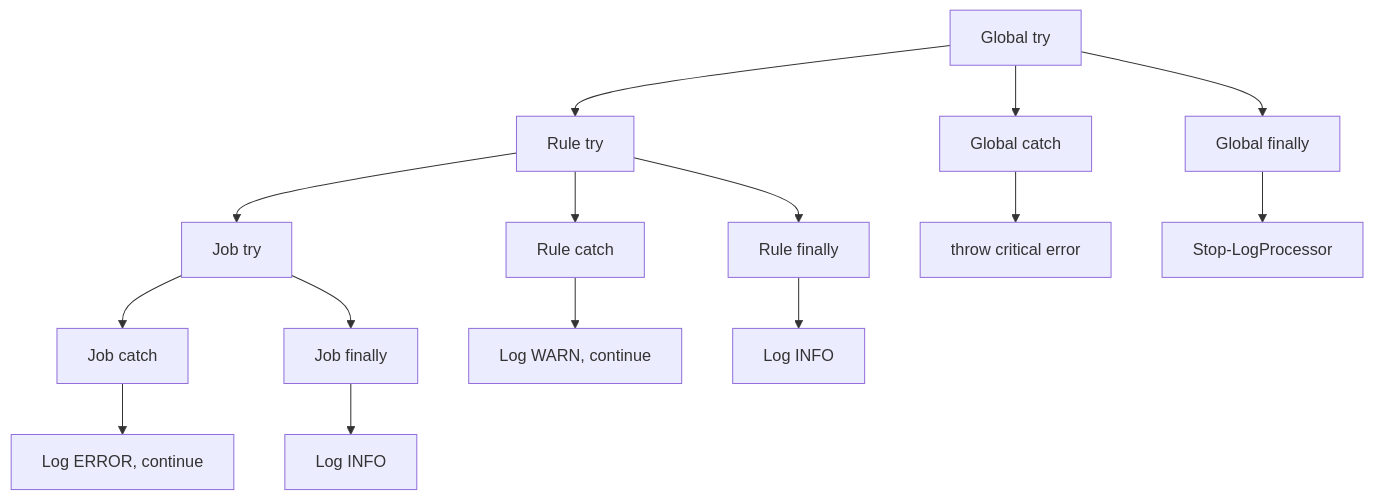
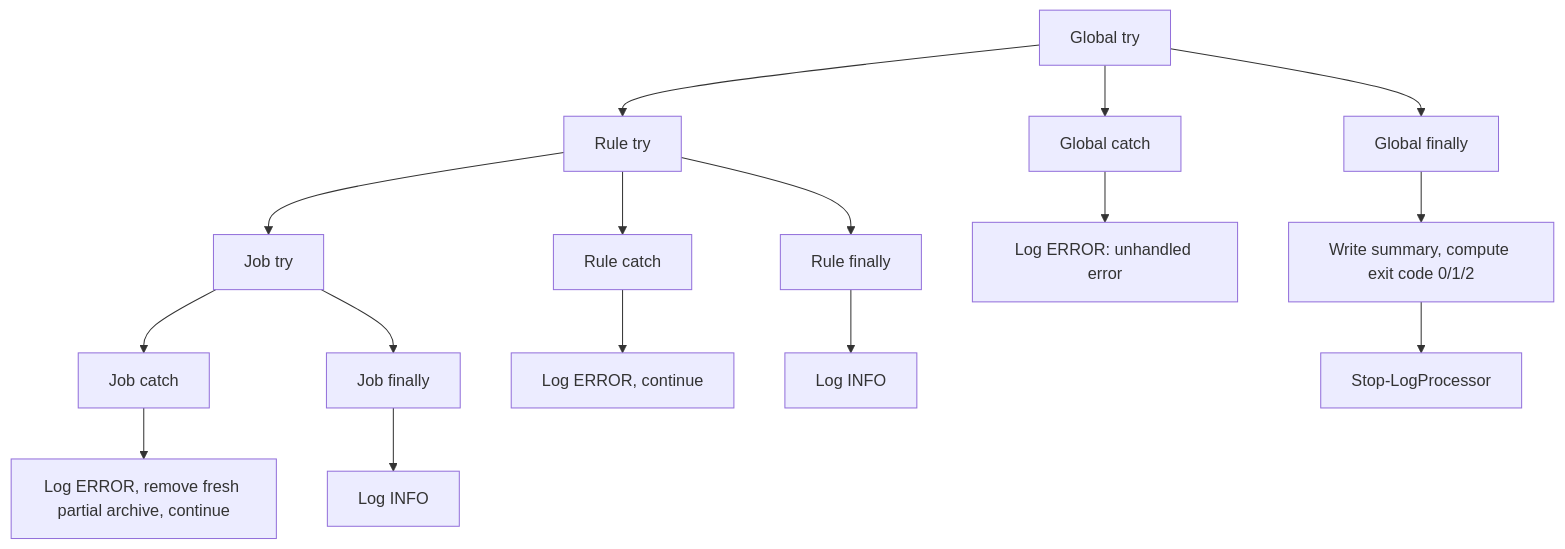
The ninth of 13 diagrams in docs/design/FLOWCHARTS.md (epuckop/shiny-pancake), drawn with Mermaid before and after one commit. The commit also changed other lines of this file and 7 other files, not shown here.

````diff
--- a/docs/design/FLOWCHARTS.md
+++ b/docs/design/FLOWCHARTS.md
@@ -214,17 +216,18 @@
 ```mermaid
 flowchart TD
     A[Global try] --> B[Rule try]
     B --> C[Job try]
     C --> D[Job catch]
-    D --> E[Log ERROR, continue]
+    D --> E[Log ERROR, remove fresh partial archive, continue]
     C --> F[Job finally]
     F --> G[Log INFO]
     B --> H[Rule catch]
-    H --> I[Log WARN, continue]
+    H --> I[Log ERROR, continue]
     B --> J[Rule finally]
     J --> K[Log INFO]
     A --> L[Global catch]
-    L --> M[throw critical error]
+    L --> M[Log ERROR: unhandled error]
     A --> N[Global finally]
-    N --> O[Stop-LogProcessor]
+    N --> O[Write summary, compute exit code 0/1/2]
+    O --> P[Stop-LogProcessor]
 ```
````
